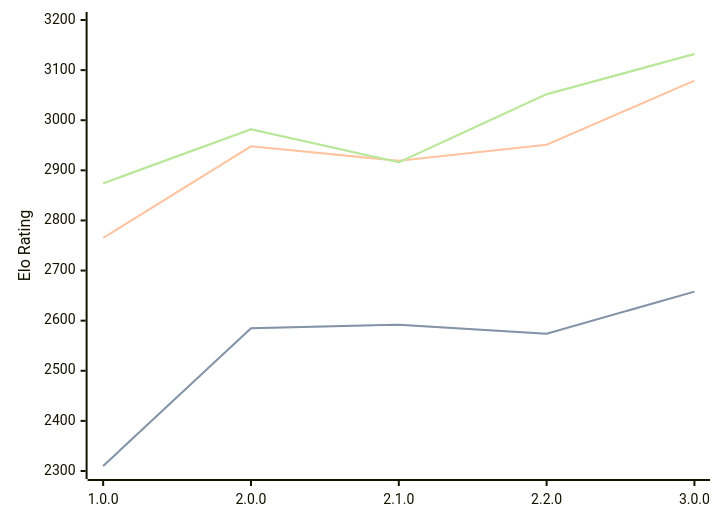
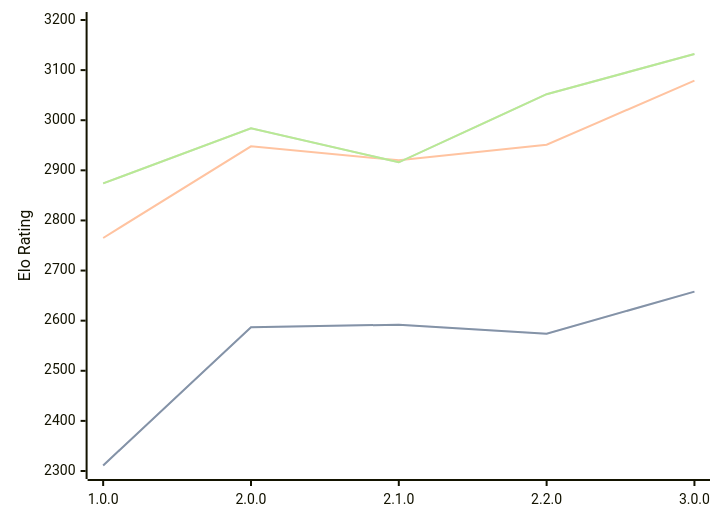
The diagram in engines/Catalyst.md (computer-chess-index/cci), drawn with Mermaid before and after one commit. The commit also changed other lines of this file, not shown here.

Commit message:
Update CCI Ratings (ELO VLTC) - 2026-08-27

````diff
--- a/engines/Catalyst.md
+++ b/engines/Catalyst.md
@@ -36,11 +36,11 @@
 ```mermaid
 %%{init: {"theme":"base","themeVariables":{"seriesColors:['#a3a3a3','#222221','#faa371']}}}%%
 xychart-beta
   x-axis ["1.0.0", "2.0.0", "2.1.0", "2.2.0", "3.0.0"]
   y-axis "Elo Rating" 2300 --> 3200
-  line "STC (8.0+0.08s)" [2310, 2585, 2592, 2574, 2658]
-  line "STC (8.0+0.08s)" [2310, 2585, 2592, 2574, 2658]
-  line "LTC (60.0+0.60s)" [2765, 2948, 2919, 2951, 3079]
-  line "VLTC (2m24s+1.12s)" [2874, 2982, 2916, 3052, 3132]
-  line "VLTC (2m24s+1.12s)" [2874, 2982, 2916, 3052, 3132]
+  line "STC (8.0+0.08s)" [2311, 2587, 2592, 2574, 2658]
+  line "STC (8.0+0.08s)" [2311, 2587, 2592, 2574, 2658]
+  line "LTC (60.0+0.60s)" [2765, 2948, 2920, 2951, 3079]
+  line "VLTC (2m24s+1.12s)" [2874, 2984, 2916, 3052, 3132]
+  line "VLTC (2m24s+1.12s)" [2874, 2984, 2916, 3052, 3132]
 ```
````
